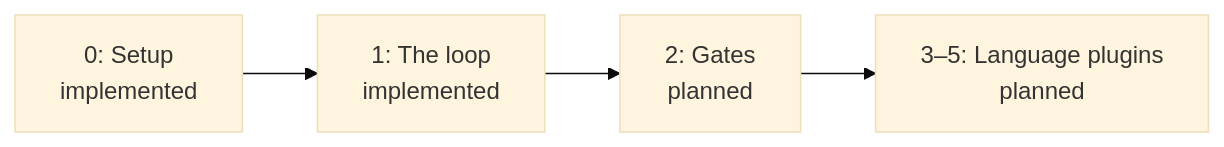
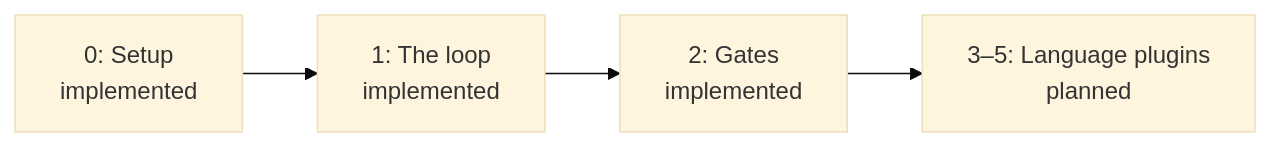
Before and after one commit to StevenJPx2/atelier: the diagram in docs/plans/README.md, drawn with Mermaid (base theme). The commit also changed other lines of this file and 4 other files, not shown here.

````diff
--- a/docs/plans/README.md
+++ b/docs/plans/README.md
@@ -6,6 +6,6 @@
 ```mermaid
 flowchart LR
     Setup["0: Setup<br/>implemented"] --> Loop["1: The loop<br/>implemented"]
-    Loop --> Gates["2: Gates<br/>planned"]
+    Loop --> Gates["2: Gates<br/>implemented"]
     Gates --> Languages["3–5: Language plugins<br/>planned"]
 ```
````
